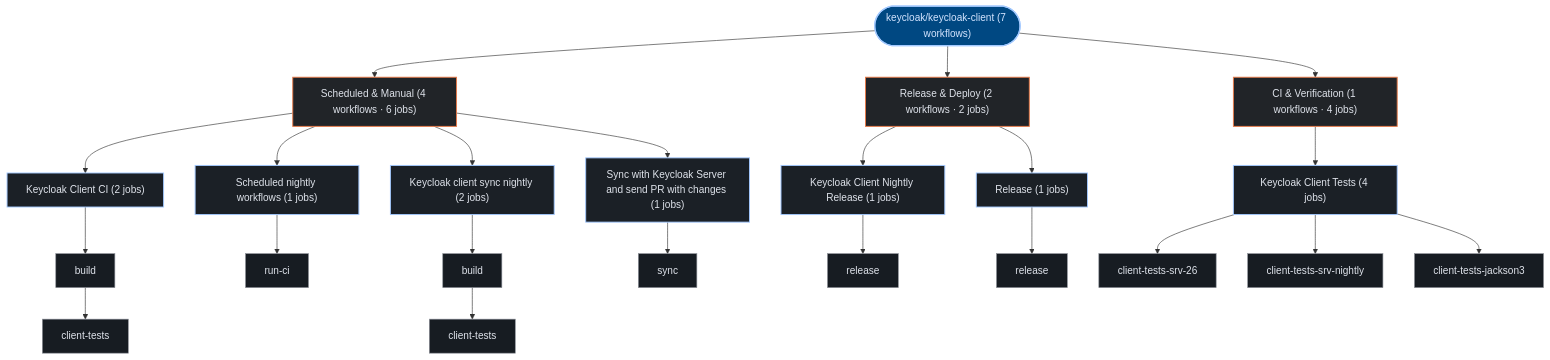
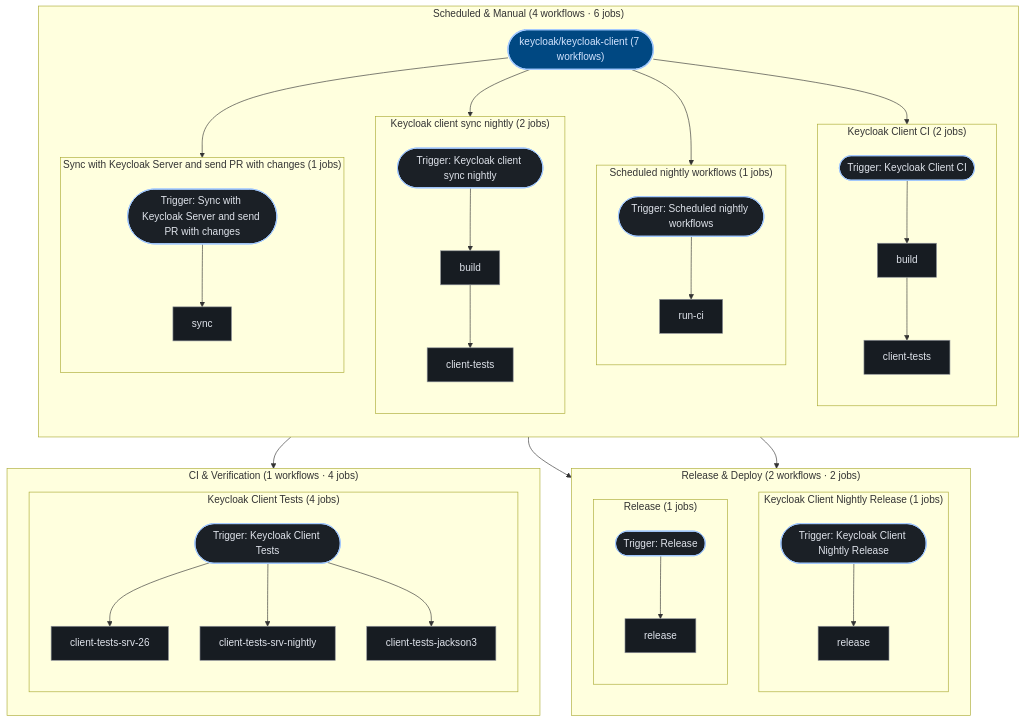
One commit to kumarshaz/atruss-code-atlas changed the third of 3 diagrams in exports/latest/reports/keycloak-keycloak-client-report.md. Above: the diagram before and after it, drawn with Mermaid. The commit also changed 181 other files, not shown here.

````diff
--- a/exports/latest/reports/keycloak-keycloak-client-report.md
+++ b/exports/latest/reports/keycloak-keycloak-client-report.md
@@ -245,53 +245,77 @@
 ```mermaid
 graph TD;
   classDef atlasRoot fill:#004882,stroke:#a3c9ff,stroke-width:2px,color:#d3e4ff
   classDef atlasCategory fill:#212428,stroke:#E87A48,stroke-width:1.5px,color:#dfe3eb
   classDef atlasWorkflow fill:#1b2026,stroke:#a3c9ff,stroke-width:1.5px,color:#dfe3eb
   classDef atlasJob fill:#171c22,stroke:#8d9199,stroke-width:1px,color:#dfe3eb
   classDef atlasTarget fill:#005227,stroke:#8bd99b,stroke-width:1.5px,color:#a7f6b6
   classDef atlasAlert fill:#93000a,stroke:#ffb4ab,stroke-width:1.5px,color:#ffdad6
   classDef atlasMore fill:#252a31,stroke:#8d9199,stroke-dasharray:4 4,color:#c3c6cf
   pipeline_root(["keycloak/keycloak-client (7 workflows)"]):::atlasRoot
-  grp_0_Scheduled___Manual["Scheduled & Manual (4 workflows · 6 jobs)"]:::atlasCategory
-  pipeline_root --> grp_0_Scheduled___Manual
-  wf_0_Keycloak_Client_CI["Keycloak Client CI (2 jobs)"]:::atlasWorkflow
-  grp_0_Scheduled___Manual --> wf_0_Keycloak_Client_CI
-  job_0_build["build"]:::atlasJob
-  job_0_client_tests["client-tests"]:::atlasJob
-  wf_0_Keycloak_Client_CI --> job_0_build
-  job_0_build --> job_0_client_tests
-  wf_4_Scheduled_nightly_workflows["Scheduled nightly workflows (1 jobs)"]:::atlasWorkflow
-  grp_0_Scheduled___Manual --> wf_4_Scheduled_nightly_workflows
-  job_4_run_ci["run-ci"]:::atlasJob
-  wf_4_Scheduled_nightly_workflows --> job_4_run_ci
-  wf_5_Keycloak_client_sync_nightly["Keycloak client sync nightly (2 jobs)"]:::atlasWorkflow
-  grp_0_Scheduled___Manual --> wf_5_Keycloak_client_sync_nightly
-  job_5_build["build"]:::atlasJob
-  job_5_client_tests["client-tests"]:::atlasJob
-  wf_5_Keycloak_client_sync_nightly --> job_5_build
-  job_5_build --> job_5_client_tests
-  wf_6_Sync_with_Keycloak_Server_and_send_PR_with_changes["Sync with Keycloak Server and send PR with changes (1 jobs)"]:::atlasWorkflow
-  grp_0_Scheduled___Manual --> wf_6_Sync_with_Keycloak_Server_and_send_PR_with_changes
-  job_6_sync["sync"]:::atlasJob
-  wf_6_Sync_with_Keycloak_Server_and_send_PR_with_changes --> job_6_sync
-  grp_1_Release___Deploy["Release & Deploy (2 workflows · 2 jobs)"]:::atlasCategory
-  pipeline_root --> grp_1_Release___Deploy
-  wf_1_Keycloak_Client_Nightly_Release["Keycloak Client Nightly Release (1 jobs)"]:::atlasWorkflow
-  grp_1_Release___Deploy --> wf_1_Keycloak_Client_Nightly_Release
-  job_1_release["release"]:::atlasJob
-  wf_1_Keycloak_Client_Nightly_Release --> job_1_release
-  wf_2_Release["Release (1 jobs)"]:::atlasWorkflow
-  grp_1_Release___Deploy --> wf_2_Release
-  job_2_release["release"]:::atlasJob
-  wf_2_Release --> job_2_release
-  grp_2_CI___Verification["CI & Verification (1 workflows · 4 jobs)"]:::atlasCategory
-  pipeline_root --> grp_2_CI___Verification
-  wf_3_Keycloak_Client_Tests["Keycloak Client Tests (4 jobs)"]:::atlasWorkflow
-  grp_2_CI___Verification --> wf_3_Keycloak_Client_Tests
-  job_3_client_tests_srv_26["client-tests-srv-26"]:::atlasJob
-  job_3_client_tests_srv_nightly["client-tests-srv-nightly"]:::atlasJob
-  job_3_client_tests_jackson3["client-tests-jackson3"]:::atlasJob
-  wf_3_Keycloak_Client_Tests --> job_3_client_tests_srv_26
-  wf_3_Keycloak_Client_Tests --> job_3_client_tests_srv_nightly
-  wf_3_Keycloak_Client_Tests --> job_3_client_tests_jackson3
+  subgraph sg_grp_0_Scheduled___Manual["Scheduled & Manual (4 workflows · 6 jobs)"]
+    direction TB
+    subgraph sg_wf_0_Keycloak_Client_CI["Keycloak Client CI (2 jobs)"]
+      direction TB
+      wf_0_Keycloak_Client_CI(["Trigger: Keycloak Client CI"]):::atlasWorkflow
+      job_0_build["build"]:::atlasJob
+      job_0_client_tests["client-tests"]:::atlasJob
+      wf_0_Keycloak_Client_CI --> job_0_build
+      job_0_build --> job_0_client_tests
+    end
+    pipeline_root --> wf_0_Keycloak_Client_CI
+    subgraph sg_wf_4_Scheduled_nightly_workflows["Scheduled nightly workflows (1 jobs)"]
+      direction TB
+      wf_4_Scheduled_nightly_workflows(["Trigger: Scheduled nightly workflows"]):::atlasWorkflow
+      job_4_run_ci["run-ci"]:::atlasJob
+      wf_4_Scheduled_nightly_workflows --> job_4_run_ci
+    end
+    pipeline_root --> wf_4_Scheduled_nightly_workflows
+    subgraph sg_wf_5_Keycloak_client_sync_nightly["Keycloak client sync nightly (2 jobs)"]
+      direction TB
+      wf_5_Keycloak_client_sync_nightly(["Trigger: Keycloak client sync nightly"]):::atlasWorkflow
+      job_5_build["build"]:::atlasJob
+      job_5_client_tests["client-tests"]:::atlasJob
+      wf_5_Keycloak_client_sync_nightly --> job_5_build
+      job_5_build --> job_5_client_tests
+    end
+    pipeline_root --> wf_5_Keycloak_client_sync_nightly
+    subgraph sg_wf_6_Sync_with_Keycloak_Server_and_send_PR_with_changes["Sync with Keycloak Server and send PR with changes (1 jobs)"]
+      direction TB
+      wf_6_Sync_with_Keycloak_Server_and_send_PR_with_changes(["Trigger: Sync with Keycloak Server and send PR with changes"]):::atlasWorkflow
+      job_6_sync["sync"]:::atlasJob
+      wf_6_Sync_with_Keycloak_Server_and_send_PR_with_changes --> job_6_sync
+    end
+    pipeline_root --> wf_6_Sync_with_Keycloak_Server_and_send_PR_with_changes
+  end
+  subgraph sg_grp_1_Release___Deploy["Release & Deploy (2 workflows · 2 jobs)"]
+    direction TB
+    subgraph sg_wf_1_Keycloak_Client_Nightly_Release["Keycloak Client Nightly Release (1 jobs)"]
+      direction TB
+      wf_1_Keycloak_Client_Nightly_Release(["Trigger: Keycloak Client Nightly Release"]):::atlasWorkflow
+      job_1_release["release"]:::atlasJob
+      wf_1_Keycloak_Client_Nightly_Release --> job_1_release
+    end
+    pipeline_root --> wf_1_Keycloak_Client_Nightly_Release
+    subgraph sg_wf_2_Release["Release (1 jobs)"]
+      direction TB
+      wf_2_Release(["Trigger: Release"]):::atlasWorkflow
+      job_2_release["release"]:::atlasJob
+      wf_2_Release --> job_2_release
+    end
+    pipeline_root --> wf_2_Release
+  end
+  subgraph sg_grp_2_CI___Verification["CI & Verification (1 workflows · 4 jobs)"]
+    direction TB
+    subgraph sg_wf_3_Keycloak_Client_Tests["Keycloak Client Tests (4 jobs)"]
+      direction TB
+      wf_3_Keycloak_Client_Tests(["Trigger: Keycloak Client Tests"]):::atlasWorkflow
+      job_3_client_tests_srv_26["client-tests-srv-26"]:::atlasJob
+      job_3_client_tests_srv_nightly["client-tests-srv-nightly"]:::atlasJob
+      job_3_client_tests_jackson3["client-tests-jackson3"]:::atlasJob
+      wf_3_Keycloak_Client_Tests --> job_3_client_tests_srv_26
+      wf_3_Keycloak_Client_Tests --> job_3_client_tests_srv_nightly
+      wf_3_Keycloak_Client_Tests --> job_3_client_tests_jackson3
+    end
+    pipeline_root --> wf_3_Keycloak_Client_Tests
+  end
 ```
````
